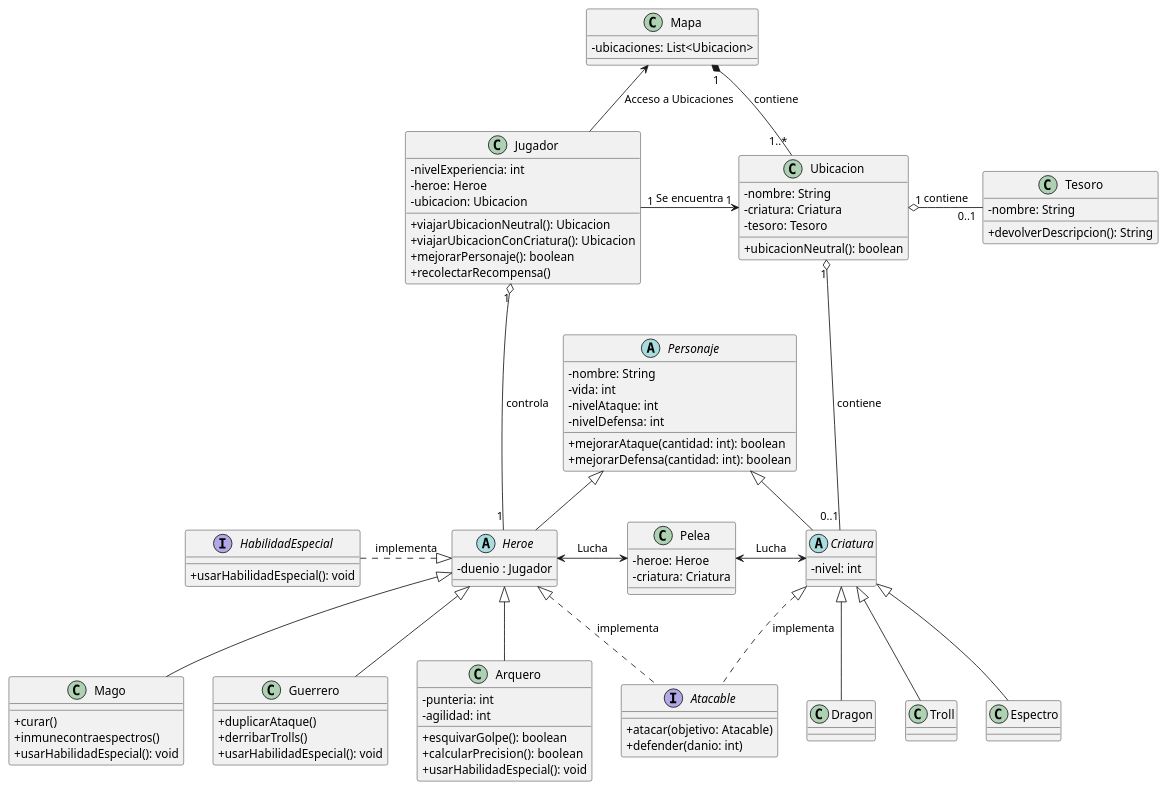
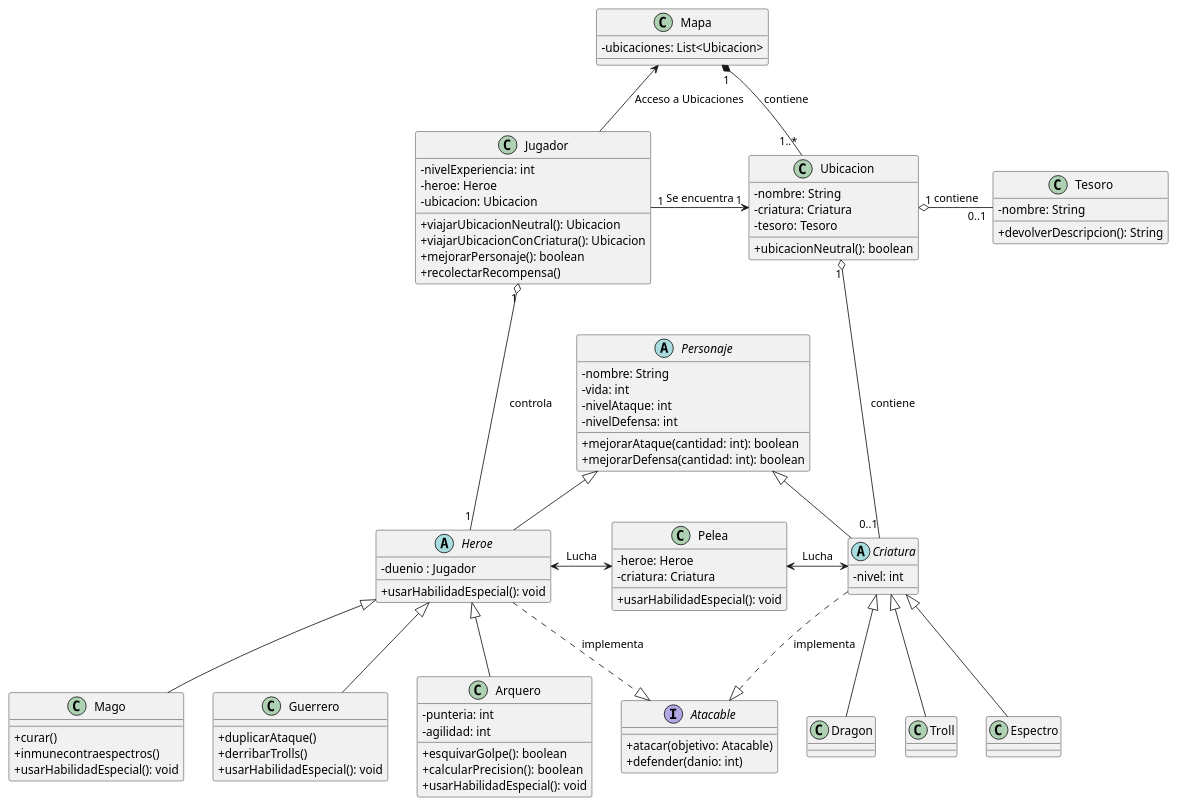
One commit to lucas-abalos/POO_24C2_TPO_Grupo-numerogrupo- changed the diagram in El Desafío del Reino Encantado/diagramaUML.puml. Above: the diagram before and after it, drawn with PlantUML.

Commit message:
Modificaciones en Diagrama UML
Se hicieron los siguientes ajustes al diagrama UML:
- Se elimino la interfaz HabilidadEspecial implementando el método usarHabilidadEspecial dentro de heroe y la clase Pelea
- Se dieron vuelta las fechas de la implementación de la Interfaz Atacable (estaba mal hecho).

```diff
--- a/El Desafío del Reino Encantado/diagramaUML.puml
+++ b/El Desafío del Reino Encantado/diagramaUML.puml
@@ -1,111 +1,108 @@
 @startuml reinoEncantado
 skinparam classAttributeIconSize 0
 
 class Jugador{
 - nivelExperiencia: int
 - heroe: Heroe
 - ubicacion: Ubicacion
 + viajarUbicacionNeutral(): Ubicacion
 + viajarUbicacionConCriatura(): Ubicacion
 + mejorarPersonaje(): boolean
 + recolectarRecompensa()
 }
 
 abstract class Personaje{
 - nombre: String
 - vida: int
 - nivelAtaque: int
 - nivelDefensa: int
 + mejorarAtaque(cantidad: int): boolean
 + mejorarDefensa(cantidad: int): boolean
 }
 
 abstract class Heroe{
 - duenio : Jugador
++ usarHabilidadEspecial(): void
 }
 
 abstract class Criatura{
 - nivel: int
-}
-
-interface HabilidadEspecial{
-+ usarHabilidadEspecial(): void
 }
 
 class Mago{
 + curar()
 + inmunecontraespectros()
 + usarHabilidadEspecial(): void
 }
 
 class Guerrero{
 + duplicarAtaque()
 + derribarTrolls()
 + usarHabilidadEspecial(): void
 }
 
 class Arquero{
 - punteria: int
 - agilidad: int
 + esquivarGolpe(): boolean
 + calcularPrecision():  boolean
 + usarHabilidadEspecial(): void
 }
 
 class Dragon{
 }
 
 class Troll{
 }
 
 class Espectro{
 }
 
 interface Atacable{
 + atacar(objetivo: Atacable)
 + defender(danio: int)
 }
 
 class Pelea{
 -heroe: Heroe
 -criatura: Criatura
++usarHabilidadEspecial(): void
 }
 
 class Mapa{
 - ubicaciones: List<Ubicacion>
 }
 
 class Ubicacion{
 - nombre: String
 - criatura: Criatura
 - tesoro: Tesoro
 + ubicacionNeutral(): boolean
 }
 
 class Tesoro{
 - nombre: String
 + devolverDescripcion(): String
 }
 
 
 Jugador "1" o- "1" Heroe: controla
 Personaje <|-- Heroe
 Personaje <|-- Criatura
 Heroe <|-- Arquero
 Heroe <|-- Mago
 Heroe <|-- Guerrero
 Criatura <|-- Dragon
 Criatura <|-- Troll
 Criatura <|-- Espectro
 Heroe <-> Pelea: Lucha
 Pelea <-> Criatura: Lucha
-Heroe <|.. Atacable: implementa
-Criatura <|.. Atacable: implementa
+Heroe ..|> Atacable: implementa
+Criatura ..|> Atacable: implementa
 Mapa <-- Jugador: Acceso a Ubicaciones
 Jugador "1" -> "1" Ubicacion: Se encuentra
 Mapa "1" *- "1..*" Ubicacion: contiene
 Ubicacion "1" o--- "0..1" Criatura: contiene
 Ubicacion "1" o- "0..1" Tesoro: contiene
-HabilidadEspecial .|> Heroe : implementa
 
 @enduml
```
